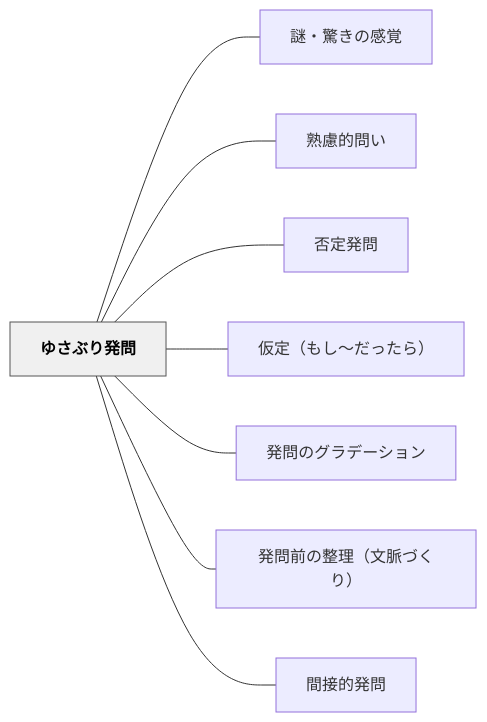
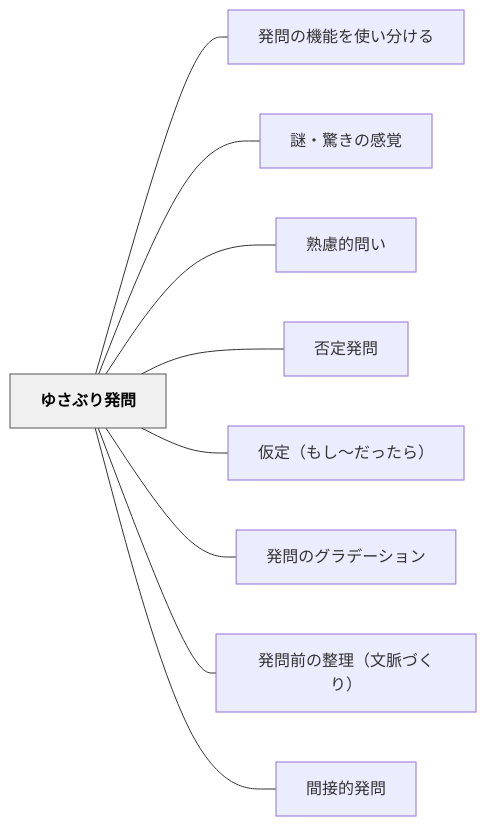
The diagram in content/パタン/ゆさぶり発問.md (unknownthings-ed-patterns/unknownthings-ed-patterns), drawn with Mermaid before and after one commit. The commit also changed other lines of this file and 28 other files, not shown here.

````diff
--- a/content/パタン/ゆさぶり発問.md
+++ b/content/パタン/ゆさぶり発問.md
@@ -57,22 +58,24 @@
 ```mermaid
 flowchart LR
     ne38286e38195e381b6e3828ae799bae5958f["ゆさぶり発問"]
+    ne799bae5958fe381aee6a99fe883bde38292e4bdbfe38184e58886e38191e3828b["発問の機能を使い分ける"]
     ne8ac8ee383bbe9a99ae3818de381aee6849fe8a69a["謎・驚きの感覚"]
     ne7869fe685aee79a84e5958fe38184["熟慮的問い"]
     ne590a6e5ae9ae799bae5958f["否定発問"]
     ne4bbaee5ae9aefbc88e38282e38197e3809ce381a0e381a3e3819fe38289efbc89["仮定（もし〜だったら）"]
     ne799bae5958fe381aee382b0e383a9e38387e383bce382b7e383a7e383b3["発問のグラデーション"]
     ne799bae5958fe5898de381aee695b4e79086efbc88e69687e88488e381a5e3818fe3828aefbc89["発問前の整理（文脈づくり）"]
     ne99693e68ea5e79a84e799bae5958f["間接的発問"]
 
+    ne38286e38195e381b6e3828ae799bae5958f --- ne799bae5958fe381aee6a99fe883bde38292e4bdbfe38184e58886e38191e3828b
     ne38286e38195e381b6e3828ae799bae5958f --- ne8ac8ee383bbe9a99ae3818de381aee6849fe8a69a
     ne38286e38195e381b6e3828ae799bae5958f --- ne7869fe685aee79a84e5958fe38184
     ne38286e38195e381b6e3828ae799bae5958f --- ne590a6e5ae9ae799bae5958f
     ne38286e38195e381b6e3828ae799bae5958f --- ne4bbaee5ae9aefbc88e38282e38197e3809ce381a0e381a3e3819fe38289efbc89
     ne38286e38195e381b6e3828ae799bae5958f --- ne799bae5958fe381aee382b0e383a9e38387e383bce382b7e383a7e383b3
     ne38286e38195e381b6e3828ae799bae5958f --- ne799bae5958fe5898de381aee695b4e79086efbc88e69687e88488e381a5e3818fe3828aefbc89
     ne38286e38195e381b6e3828ae799bae5958f --- ne99693e68ea5e79a84e799bae5958f
 
     classDef hub fill:#f0f0f0,stroke:#555,color:#000,font-weight:bold
     class ne38286e38195e381b6e3828ae799bae5958f hub
 ```
````
